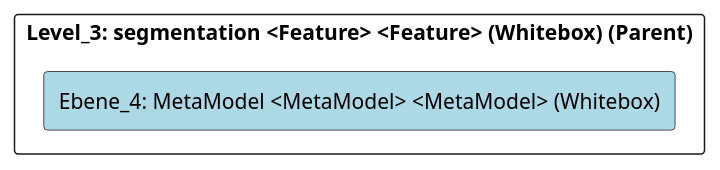
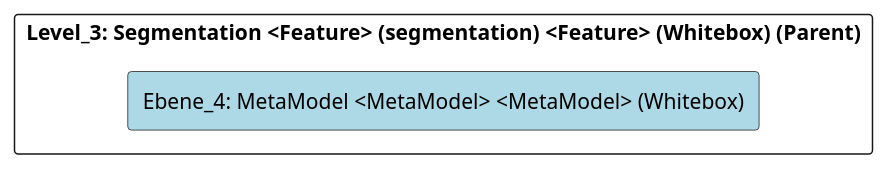
The diagram in doc/cleonproject_deliverables_architecture_model_architecture/adoc/de/05_bausteinsicht/cleon/modeling_languages/segmentation/metamodel/ebene_4_metamodel.adoc (marcozwyssig/cleon), drawn with PlantUML before and after one commit. The commit also changed other lines of this file and 166 other files, not shown here.

```diff
--- a/doc/cleonproject_deliverables_architecture_model_architecture/adoc/de/05_bausteinsicht/cleon/modeling_languages/segmentation/metamodel/ebene_4_metamodel.adoc
+++ b/doc/cleonproject_deliverables_architecture_model_architecture/adoc/de/05_bausteinsicht/cleon/modeling_languages/segmentation/metamodel/ebene_4_metamodel.adoc
@@ -24,24 +24,24 @@
 [plantuml, Ebene_4: MetaModel <MetaModel> <MetaModel> (Whitebox)BlockOverview, format="svg"]
 ----
 @startuml Ebene_4: MetaModel <MetaModel> <MetaModel> (Whitebox)BuildingBlockOverview
 
 skinparam ranksep 10
 skinparam componentStyle rectangle
 skinparam shadowing false
 skinparam arrowColor lightblue
 skinparam arrowThickness 1.2
 skinparam rectangle {
   BackgroundColor White
   BorderColor #333
   RoundCorner 10
 }
 top to bottom direction
 
-component "Level_3: segmentation <Feature> <Feature> (Whitebox) (Parent)" {
+component "Level_3: Segmentation <Feature> (segmentation) <Feature> (Whitebox) (Parent)" {
     component "Ebene_4: MetaModel <MetaModel> <MetaModel> (Whitebox)" #lightblue {
     }
 
 }
 
 @enduml
 ----
```
